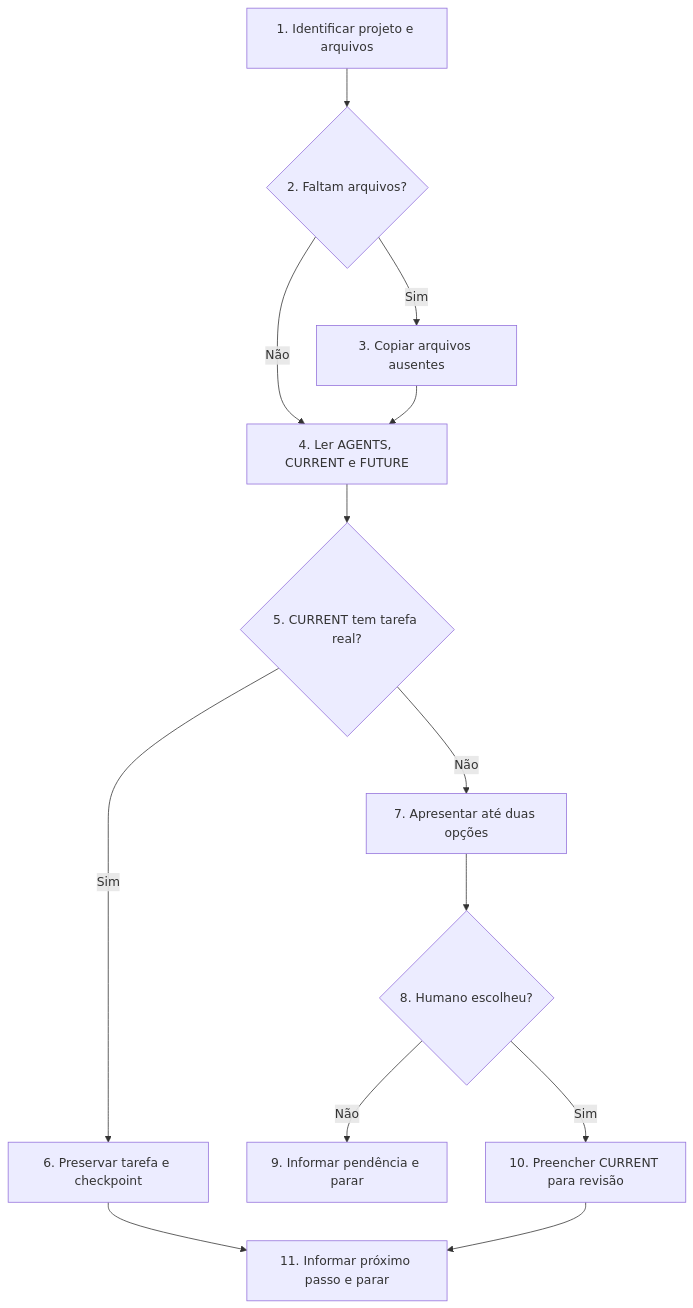
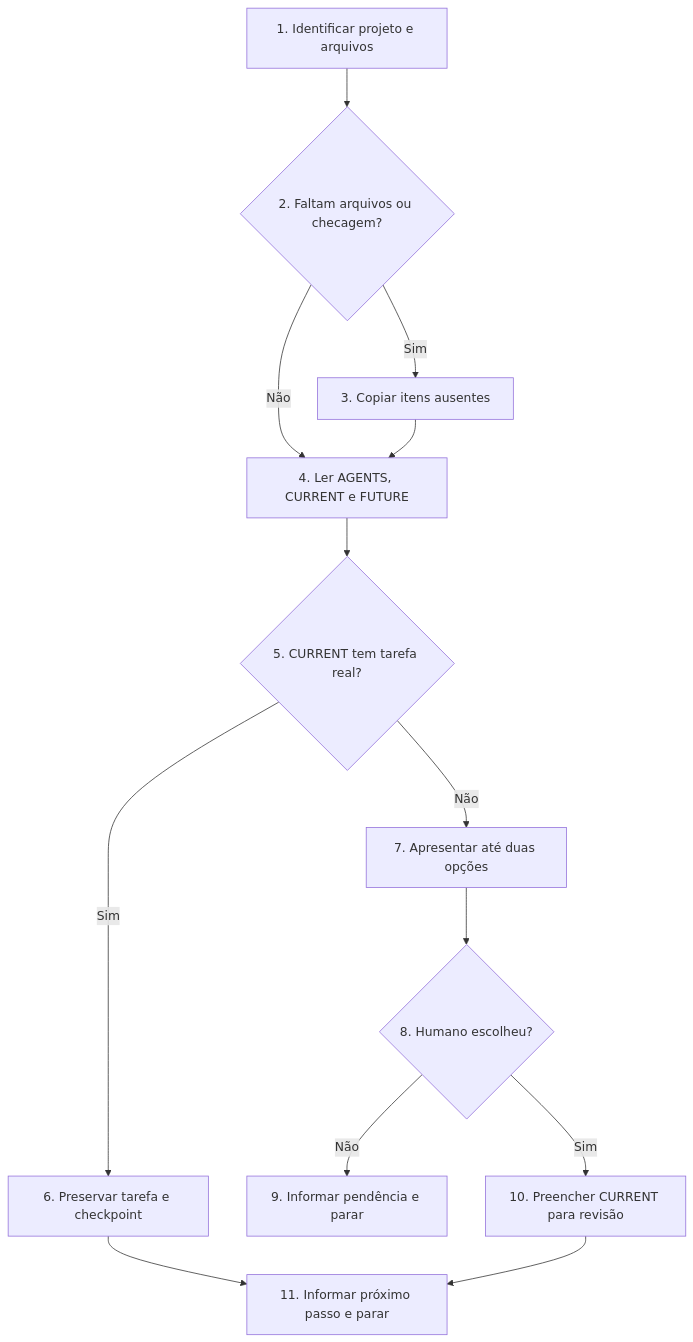
The diagram in .agents/skills/sddstart/SKILL.md (wjohnnyhonorato/sdd-fast), drawn with Mermaid before and after one commit. The commit also changed other lines of this file and 4 other files, not shown here.

````diff
--- a/.agents/skills/sddstart/SKILL.md
+++ b/.agents/skills/sddstart/SKILL.md
@@ -21,15 +21,15 @@
 ```mermaid
 flowchart TD
-    A["1. Identificar projeto e arquivos"] --> B{"2. Faltam arquivos?"}
-    B -- "Sim" --> C["3. Copiar arquivos ausentes"]
+    A["1. Identificar projeto e arquivos"] --> B{"2. Faltam arquivos ou checagem?"}
+    B -- "Sim" --> C["3. Copiar itens ausentes"]
     B -- "Não" --> D["4. Ler AGENTS, CURRENT e FUTURE"]
     C --> D
     D --> E{"5. CURRENT tem tarefa real?"}
     E -- "Sim" --> F["6. Preservar tarefa e checkpoint"]
     E -- "Não" --> G["7. Apresentar até duas opções"]
     G --> I{"8. Humano escolheu?"}
     I -- "Não" --> H["9. Informar pendência e parar"]
     I -- "Sim" --> J["10. Preencher CURRENT para revisão"]
     F --> K["11. Informar próximo passo e parar"]
     J --> K
 ```
````
